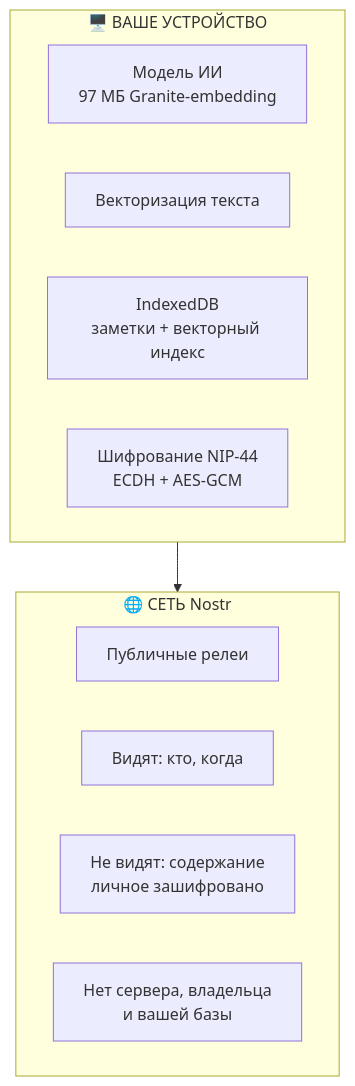
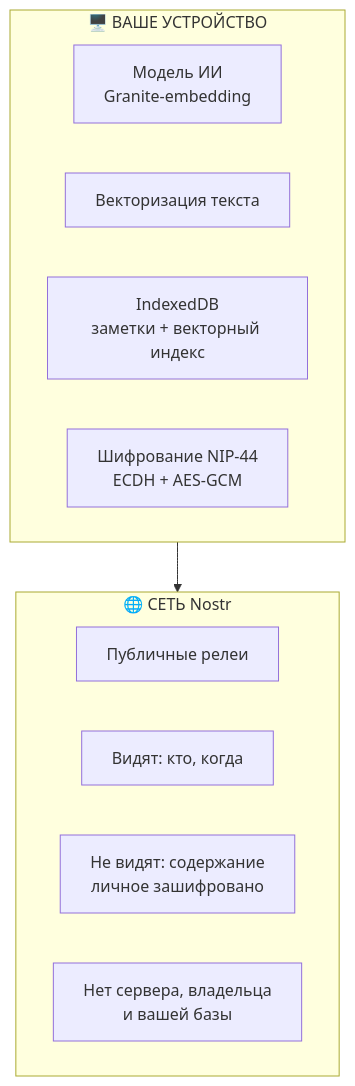
The diagram in README.md (TonySmol/NOOmium), drawn with Mermaid before and after one commit. The commit also changed other lines of this file, not shown here.

````diff
--- a/README.md
+++ b/README.md
@@ -68,18 +68,18 @@
 ```mermaid
 flowchart TB
     subgraph Device["🖥️ ВАШЕ УСТРОЙСТВО"]
-        A[Модель ИИ<br>97 МБ Granite-embedding]
+        A[Модель ИИ<br> Granite-embedding]
         B[Векторизация текста]
         C[IndexedDB<br>заметки + векторный индекс]
         D[Шифрование NIP-44<br>ECDH + AES-GCM]
     end
 
     subgraph Network["🌐 СЕТЬ Nostr"]
         E[Публичные релеи]
         F["Видят: кто, когда"]
         G["Не видят: содержание<br>личное зашифровано"]
         H["Нет сервера, владельца<br>и вашей базы"]
     end
 
     Device --> Network
 ```
````
